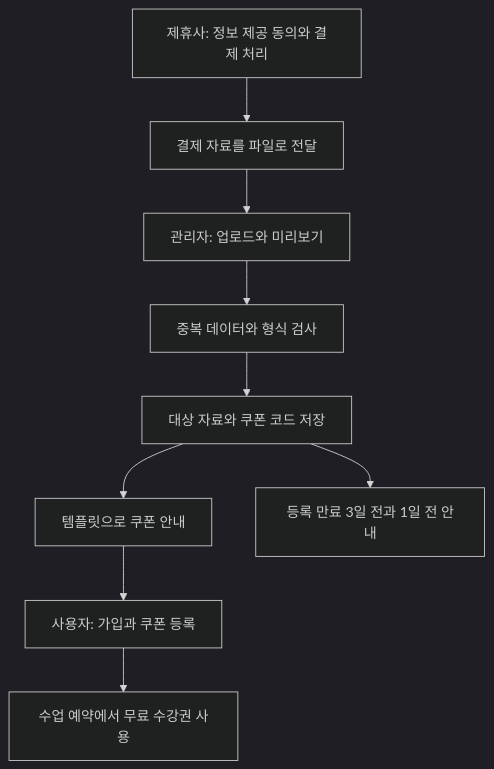
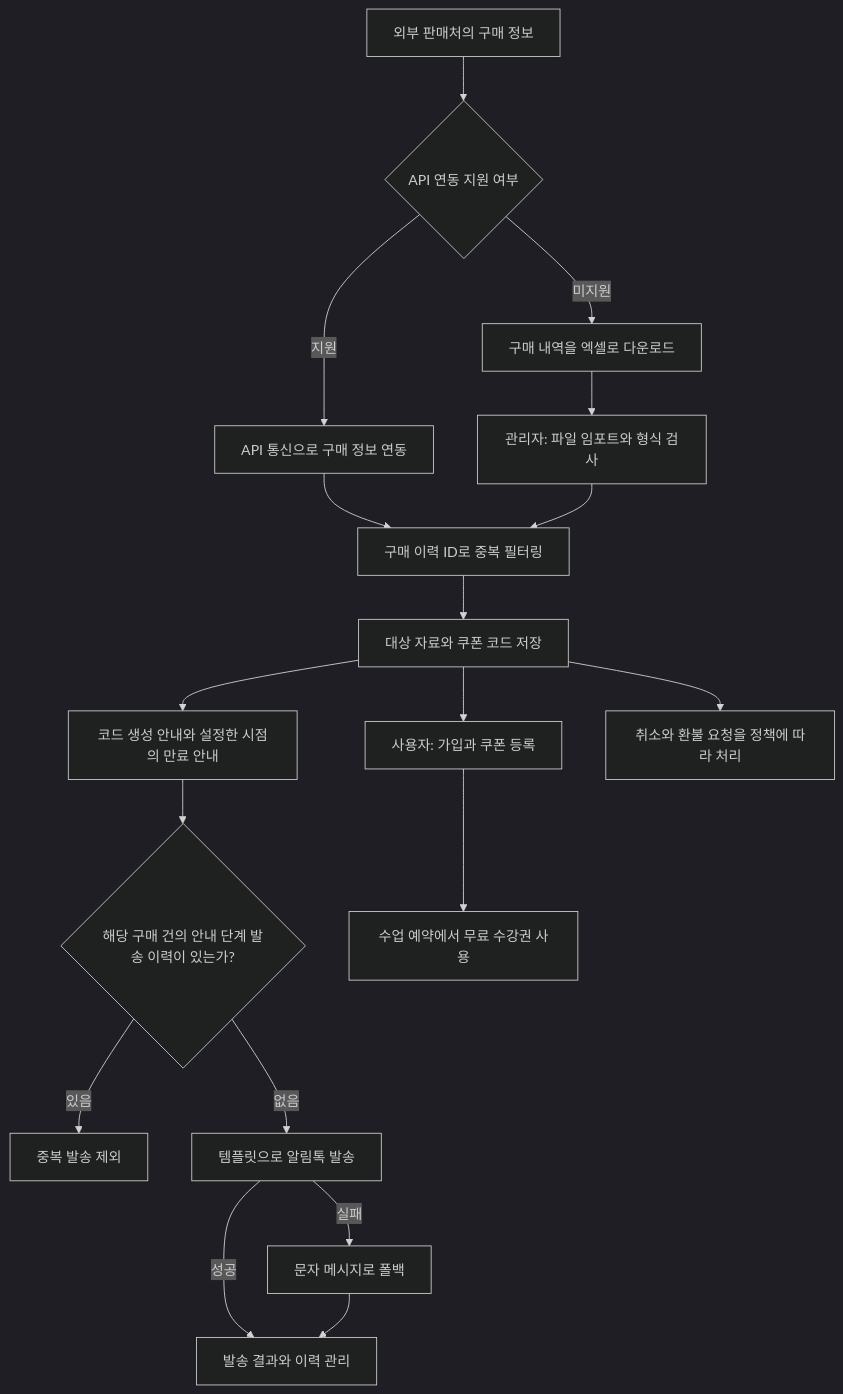
The second of 2 diagrams in projects/education-services/promotion.md (KimHG1995/work-history), drawn with Mermaid (dark theme) before and after one commit. The commit also changed other lines of this file and 3 other files, not shown here.

````diff
--- a/projects/education-services/promotion.md
+++ b/projects/education-services/promotion.md
@@ -88,11 +95,20 @@
 ```mermaid
 flowchart TD
-    partner["제휴사: 정보 제공 동의와 결제 처리"] --> export["결제 자료를 파일로 전달"]
-    export --> upload["관리자: 업로드와 미리보기"]
-    upload --> validate["중복 데이터와 형식 검사"]
+    partner["외부 판매처의 구매 정보"] --> method{"API 연동 지원 여부"}
+    method -->|지원| api["API 통신으로 구매 정보 연동"]
+    method -->|미지원| export["구매 내역을 엑셀로 다운로드"]
+    export --> upload["관리자: 파일 임포트와 형식 검사"]
+    api --> validate["구매 이력 ID로 중복 필터링"]
+    upload --> validate
     validate --> store["대상 자료와 쿠폰 코드 저장"]
-    store --> notice["템플릿으로 쿠폰 안내"]
-    notice --> signup["사용자: 가입과 쿠폰 등록"]
+    store --> notice["코드 생성 안내와 설정한 시점의 만료 안내"]
+    notice --> history{"해당 구매 건의 안내 단계 발송 이력이 있는가?"}
+    history -->|있음| skip["중복 발송 제외"]
+    history -->|없음| talk["템플릿으로 알림톡 발송"]
+    talk -->|실패| fallback["문자 메시지로 폴백"]
+    talk -->|성공| log["발송 결과와 이력 관리"]
+    fallback --> log
+    store --> signup["사용자: 가입과 쿠폰 등록"]
     signup --> reserve["수업 예약에서 무료 수강권 사용"]
-    store --> due["등록 만료 3일 전과 1일 전 안내"]
+    store --> policy["취소와 환불 요청을 정책에 따라 처리"]
 ```
````
